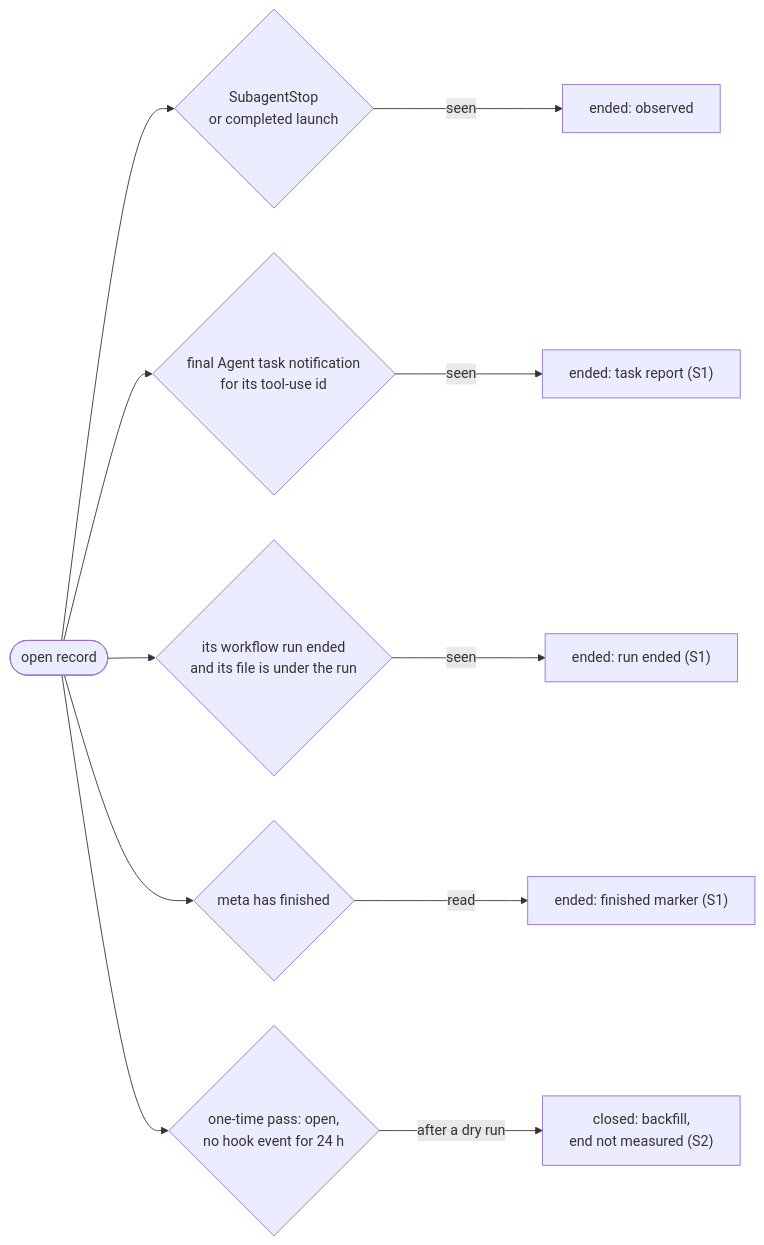
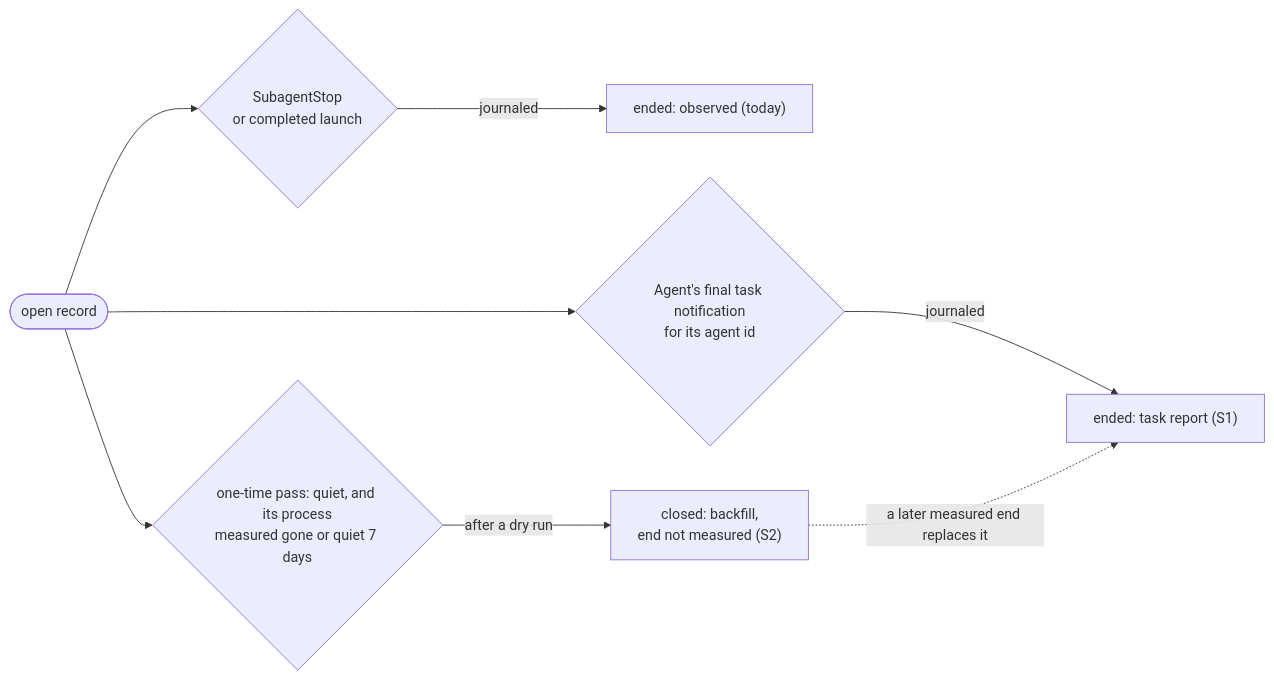
The third of 4 diagrams in docs/superpowers/specs/2026-11-19-session-helpers-design.md (Synapsium-Labs/ccrc-pwa), drawn with Mermaid before and after one commit. The commit also changed other lines of this file and 6 other files, not shown here.

````diff
--- a/docs/superpowers/specs/2026-11-19-session-helpers-design.md
+++ b/docs/superpowers/specs/2026-11-19-session-helpers-design.md
@@ -290,13 +382,10 @@
 ```mermaid
 flowchart LR
   O(["open record"]) --> E1{"SubagentStop<br/>or completed launch"}
-  E1 -->|"seen"| C1["ended: observed"]
-  O --> E2{"final Agent task notification<br/>for its tool-use id"}
-  E2 -->|"seen"| C2["ended: task report (S1)"]
-  O --> E3{"its workflow run ended<br/>and its file is under the run"}
-  E3 -->|"seen"| C3["ended: run ended (S1)"]
-  O --> E4{"meta has finished"}
-  E4 -->|"read"| C4["ended: finished marker (S1)"]
-  O --> E5{"one-time pass: open,<br/>no hook event for 24 h"}
+  E1 -->|"journaled"| C1["ended: observed (today)"]
+  O --> E2{"Agent's final task notification<br/>for its agent id"}
+  E2 -->|"journaled"| C2["ended: task report (S1)"]
+  O --> E5{"one-time pass: quiet, and its process<br/>measured gone or quiet 7 days"}
   E5 -->|"after a dry run"| C5["closed: backfill,<br/>end not measured (S2)"]
+  C5 -.->|"a later measured end replaces it"| C2
 ```
````
